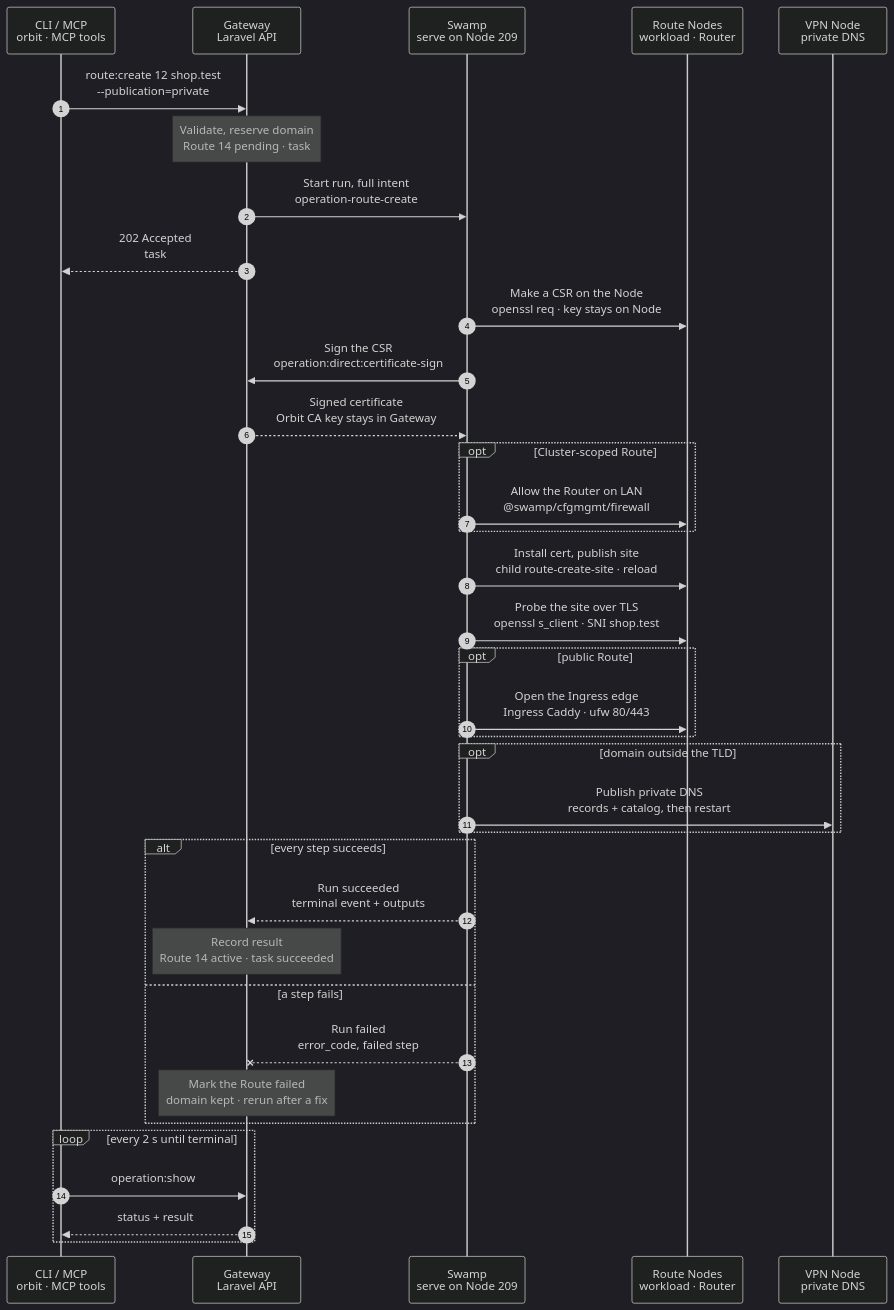
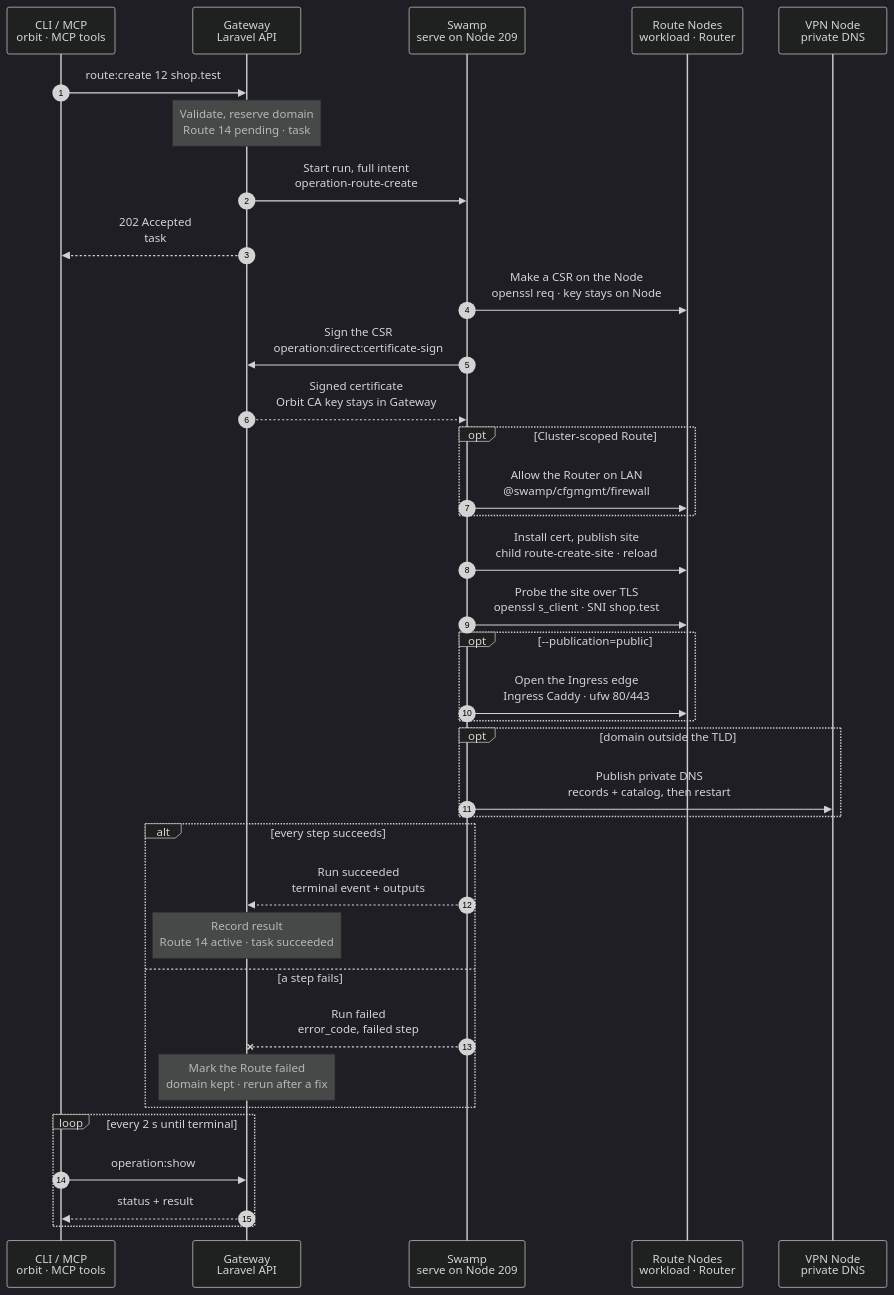
One commit to hardimpactdev/orbit changed the diagram in docs/cli/route/create.mmd. Above: the diagram before and after it, drawn with Mermaid (dark theme). The commit also changed 5 other files, not shown here.

First line of the commit message:
docs(cli): draw route and schedule charts with a required-only main path

```diff
--- a/docs/cli/route/create.mmd
+++ b/docs/cli/route/create.mmd
@@ -1,164 +1,168 @@
 sequenceDiagram
   %% Target design: ADR 0244 task, DECISIONS R1-R4, no DNS hold, TLD-wide private DNS, web root at instance:create, cert+site one step (Nick 2026-11-02), firewall.allow shape, Gateway signs CSRs (root-of-trust), single-swamp-node. docs/cli/route.mdx, docs/reference/routes.md.
   %% Checked: flow-tighten 2026-11-02, rules 14-22 (rule 22: name the cfgmgmt behaviors; no other change).
+  %% Rule 23: 2026-11-03 required-only main path.
   %% status: draft
   %% command: route:create
   %% kind: route.create
   autonumber
   %% lane CLI icon=terminal pill=caller tone=gray
   %% lane GW icon=gateway pill=intent tone=blue
   %% lane SW icon=workflow pill=executes tone=green
   %% lane N icon=server pill=target tone=amber
   %% lane V icon=server pill=target tone=purple
   participant CLI as CLI / MCP<br/>orbit · MCP tools
   participant GW as Gateway<br/>Laravel API
   participant SW as Swamp<br/>serve on Node 209
   participant N as Route Nodes<br/>workload · Router
   participant V as VPN Node<br/>private DNS
-  CLI->>GW: route:create 12 shop.test<br/>--publication=private
+  CLI->>GW: route:create 12 shop.test
   %%> Command:
-  %%> - `orbit route:create 12 shop.test --publication=private`
+  %%> - `orbit route:create 12 shop.test`
   %%> - syntax: `<instance> <domain> [--publication=private|public] [--web-root=PATH]`
   %%> Other forms:
   %%> - custom proxy: `<domain> --node=NODE --upstream=URL` or `<domain> --node=NODE --process=PROCESS`
   %%> - public Process Route: `<domain> --process=PROCESS [--ingress=NODE] --publication=public`
   %%> Input:
   %%> - Instance 12 sets the Project and the scope: its Node, or its active Cluster
   %%> - the domain; the Gateway normalizes it
-  %%> - publication is `private` unless you ask for `public`
+  %%> Optional:
+  %%> - `--publication=public`: also opens the Ingress edge; the default is `private`
+  %%> - `--web-root=PATH`: the site serves that directory of the checkout; it adds no step
+  %%> - `--idempotency-key` and `--json` change no step
   %%> Who can call it:
   %%> - the `orbit` CLI and the MCP tool send the same request
   Note over GW: Validate, reserve domain<br/>Route 14 pending · task #5120
   %%> Requirements:
   %%> - your Node has an access grant to Node 7, the Node of Instance 12
   %%> - Instance 12 is active and has a supported web root
   %%> - the domain is valid, free, and not a reserved name such as `gateway.orbit`
   %%> - Instance 12 has no other Route without a web root (`route.target_conflict`)
   %%> - a Cluster-scoped Route needs an active Router (`route.router_required`)
   %%> - a public Route needs production targets and a serving Ingress
   %%> Locks:
   %%> - the projection lock and the Instance environment owner of Instance 12
   %%> - a busy lock is waited for up to 30 s, then `app-dev.projection_busy`
   %%> Builds:
   %%> - the Caddy site blocks for every affected Node, the certificate leaves, the LAN tuples and the private DNS records
   %%> Result:
   %%> - Route 14 recorded as `pending`, unpublished, with the domain reserved
   %%> - task #5120 recorded with the full intent
   %%> - nothing has happened on a Node yet
   GW->>SW: Start run, full intent<br/>operation-route-create
   %%> What it does:
   %%> - starts one Swamp run on serve (Node 209)
   %%> Inputs:
   %%> - the rendered Caddy blocks before and after, per Node
   %%> - the certificate leaves: Node, scope, domain, Node user
   %%> - LAN tuples, DNS records, probes, and each Node's address and SSH host keys
   %%> - production `.env` material only as vault key names in `orbit-control-inputs` (R3)
   %%> - the SSH identity comes from the `swamp` role
   GW-->>CLI: 202 Accepted<br/>task #5120
   %%> What you get:
   %%> - the task number, at once
   %%> Next:
   %%> - the CLI follows the task with `operation:show`
   SW->>N: Make a CSR on the Node<br/>openssl req · key stays on Node
   %%> How:
   %%> - Swamp reaches Node 7, and the Router for a Cluster Route, over `@swamp/ssh` from 209
   %%> What it does:
   %%> - makes a new private key and a certificate request for `shop.test`
   %%> - returns only the public CSR to Swamp
   %%> Why:
   %%> - the private key never leaves the Node
   SW->>GW: Sign the CSR<br/>operation:direct:certificate-sign
   %%> What it does:
   %%> - sends the CSRs with task #5120 and the run id
   %%> Why:
   %%> - the Orbit CA key stays in the Gateway; signing is the one step that calls the Gateway
   %%> Requirements:
   %%> - the Gateway checks the task, the run, and that each CSR matches an admitted leaf
   GW-->>SW: Signed certificate<br/>Orbit CA key stays in Gateway
   %%> Returns:
   %%> - one public certificate bundle per leaf
   opt Cluster-scoped Route
     SW->>N: Allow the Router on LAN<br/>@swamp/cfgmgmt/firewall
     %%> What it does:
     %%> - on the workload Node, allows TCP 443 from the Router's LAN address
     %%> - an identical tuple that another Route uses is left as it is
     %%> - a managed rule goes below the operator rules, so `@swamp/cfgmgmt/firewall` needs no insert position
     %%> Why:
     %%> - the Router forwards to the workload over LAN, with no WireGuard fallback
   end
   SW->>N: Install cert, publish site<br/>child route-create-site · reload
   %%> What it does, per Node, in one child run:
   %%> - installs the signed certificate next to its key, `root:caddy` 0644, and points `current` at it
   %%> - copies the pair into the account's `~/.orbit/certificates`, which development servers read
   %%> - trusts the Orbit root, writes the PHP-FPM pools, then the whole Caddyfile
   %%> - validates the Caddyfile, then reloads Caddy
   %%> - writes `APP_URL`, or a production `.env` from the vault
   %%> Until instance:create owns it:
   %%> - grants Caddy read access to the web root, one `setfacl` per directory
   %%> How:
   %%> - `@swamp/cfgmgmt` file, link and line; `caddy validate`, reloads and `setfacl` as `@swamp/ssh exec`
   %%> Why reload:
   %%> - a reload keeps open connections; Caddy is never restarted (rule 7)
   %%> Refuses:
   %%> - a validation error; the old Caddyfile stays in place
   %%> Why one step:
   %%> - same Node, back to back; the certificate never sits on the Node without its site
   SW->>N: Probe the site over TLS<br/>openssl s_client · SNI shop.test
   %%> What it does:
   %%> - connects from 209 to the workload, or the Router, on port 443 with the Route domain as SNI
   %%> - requires a chain the Orbit root trusts
   %%> Why:
   %%> - the Route only counts as served when the probe passes
   %%> Not included:
   %%> - the application's own HTTP answer; a 500 does not fail the Route
-  opt public Route
+  opt --publication=public
     SW->>N: Open the Ingress edge<br/>Ingress Caddy · ufw 80/443
     %%> What it does:
     %%> - publishes the public site on the Ingress, with `tls force_automate` for Let's Encrypt
     %%> - opens `orbit:ingress-http` and `orbit:ingress-https` when they are closed
     %%> Not included:
     %%> - the public DNS record; you create it yourself
     %%> - waiting for Let's Encrypt; Caddy retries on its own
   end
   opt domain outside the TLD
     SW->>V: Publish private DNS<br/>records + catalog, then restart
     %%> What it does:
     %%> - adds the domain, for example `shop.nick.dev`, pointing at Node 7, or at the Router for a Cluster Route
     %%> - writes the records and the catalog with `@swamp/cfgmgmt/file`, then restarts dnsmasq; it reads records only at start
     %%> Order:
     %%> - DNS goes last, so a name only resolves when its site serves
     %%> When:
     %%> - only when the domain is outside the TLD of Node 7 or its Cluster
     %%> - `shop.test` needs no record: private DNS already answers all of `.test` with Node 7
   end
   alt every step succeeds
     SW-->>GW: Run succeeded<br/>terminal event + outputs
     %%> How the Gateway learns it:
     %%> - its shared run reader sees the terminal event; Swamp never calls the Gateway
     Note over GW: Record result<br/>Route 14 active · task succeeded
     %%> Result:
     %%> - Route 14 becomes `active` and Instance 12 shows `https://shop.test`
     %%> - task #5120 succeeds
   else a step fails
     SW--xGW: Run failed<br/>error_code, failed step
     %%> The Gateway reads:
     %%> - which step failed and its error code
     Note over GW: Mark the Route failed<br/>domain kept · rerun after a fix
     %%> Result:
     %%> - Route 14 is marked `failed` with `failed_step` and `error_code`; the domain stays reserved
     %%> - task #5120 fails
     %%> On the Node:
     %%> - what the run added stays; there is no rollback
     %%> - that is safe: Route 14 shows `failed`, and a rerun converges the same state
     %%> Retry:
     %%> - run the same command again after fixing the cause; it is a new task and skips finished steps
     %%> - to give up instead, run `route:destroy 14`; it removes what the run added
   end
   loop every 2 s until terminal
     CLI->>GW: operation:show #5120
     %%> What it does:
     %%> - asks for the task's status every 2 seconds until it has ended
     GW-->>CLI: status + result
     %%> Returns:
     %%> - the current status, and the result once the task has ended
   end
```
